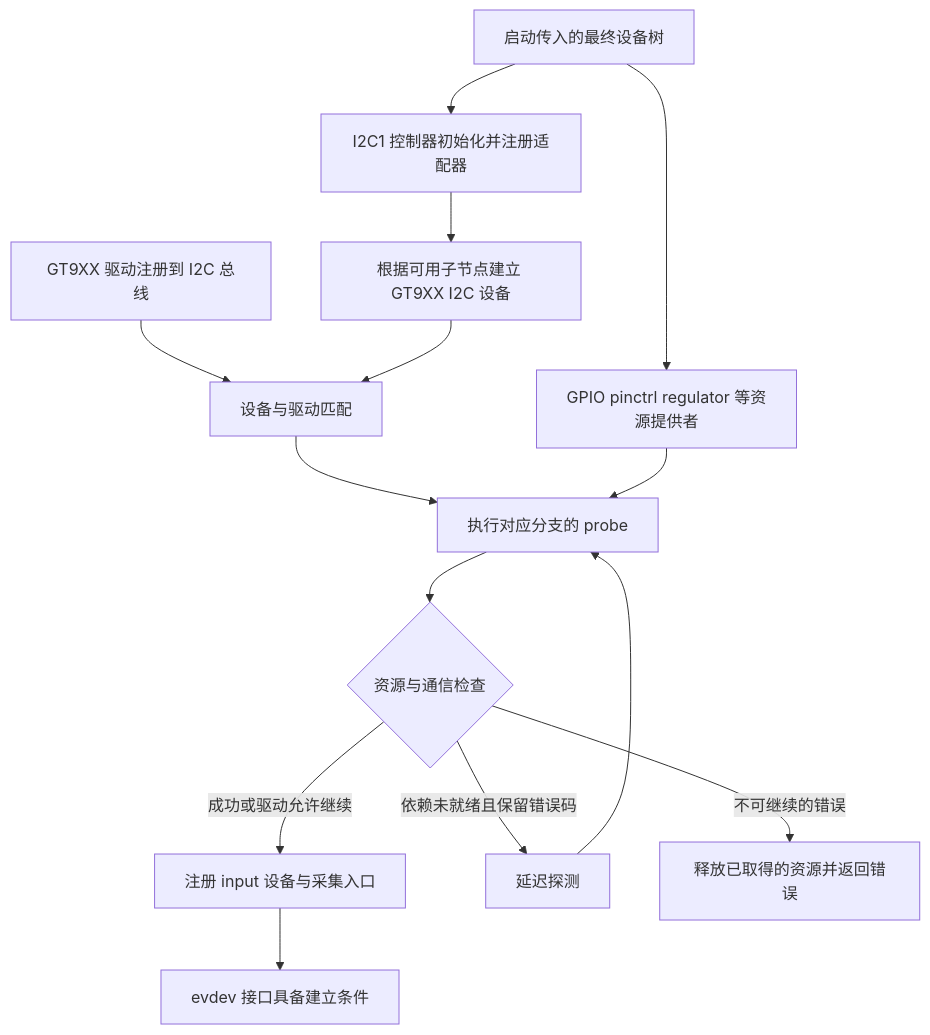
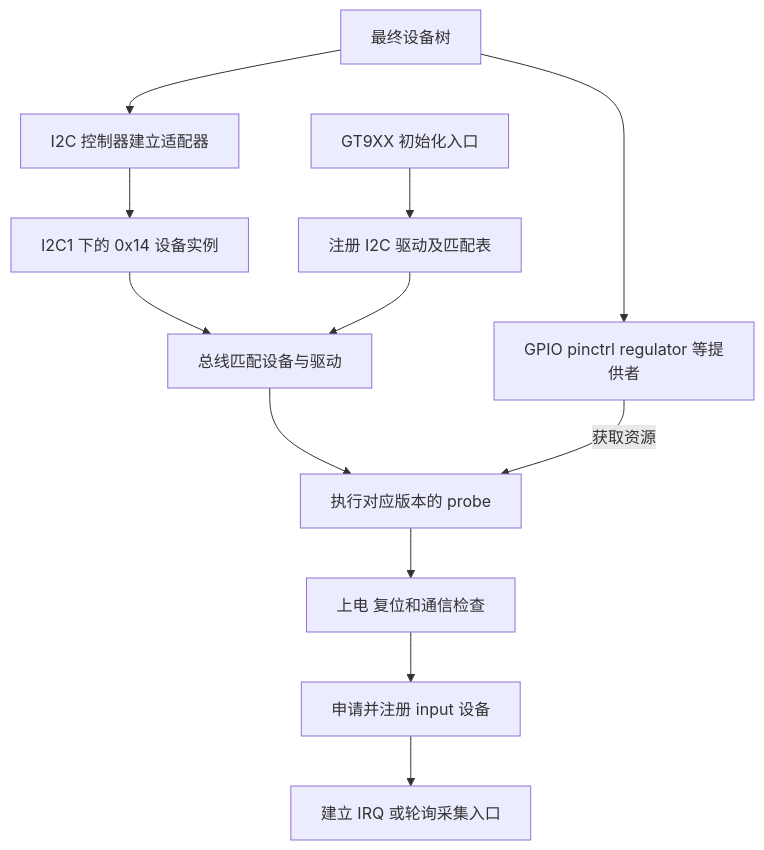
Before and after one commit to Bamboo-tt/RK3566_Ground_segment: the diagram in docs/RK3566_项目学习/05_驱动匹配与初始化.md, drawn with Mermaid. The commit also changed other lines of this file and 19 other files, not shown here.

````diff
--- a/docs/RK3566_项目学习/05_驱动匹配与初始化.md
+++ b/docs/RK3566_项目学习/05_驱动匹配与初始化.md
@@ -23,16 +27,14 @@
 ```mermaid
 flowchart TD
-    DT[启动传入的最终设备树] --> PROVIDER[GPIO pinctrl regulator 等资源提供者]
-    DT --> BUS[I2C1 控制器初始化并注册适配器]
-    BUS --> CLIENT[根据可用子节点建立 GT9XX I2C 设备]
-    CODE[GT9XX 驱动注册到 I2C 总线] --> MATCH[设备与驱动匹配]
-    CLIENT --> MATCH
-    MATCH --> PROBE[执行对应分支的 probe]
-    PROVIDER --> PROBE
-    PROBE --> CHECK{资源与通信检查}
-    CHECK -->|成功或驱动允许继续| INPUT[注册 input 设备与采集入口]
-    CHECK -->|依赖未就绪且保留错误码| DEFER[延迟探测]
-    DEFER --> PROBE
-    CHECK -->|不可继续的错误| UNWIND[释放已取得的资源并返回错误]
-    INPUT --> EVDEV[evdev 接口具备建立条件]
+    DT[最终设备树] --> BUS[I2C 控制器建立适配器]
+    DT --> PROVIDER[GPIO pinctrl regulator 等提供者]
+    BUS --> CLIENT[I2C1 下的 0x14 设备实例]
+    INIT[GT9XX 初始化入口] --> DRIVER[注册 I2C 驱动及匹配表]
+    CLIENT --> MATCH[总线匹配设备与驱动]
+    DRIVER --> MATCH
+    MATCH --> PROBE[执行对应版本的 probe]
+    PROVIDER -->|获取资源| PROBE
+    PROBE --> COMM[上电 复位和通信检查]
+    COMM --> INPUT[申请并注册 input 设备]
+    INPUT --> EVENT[建立 IRQ 或轮询采集入口]
 ```
````
